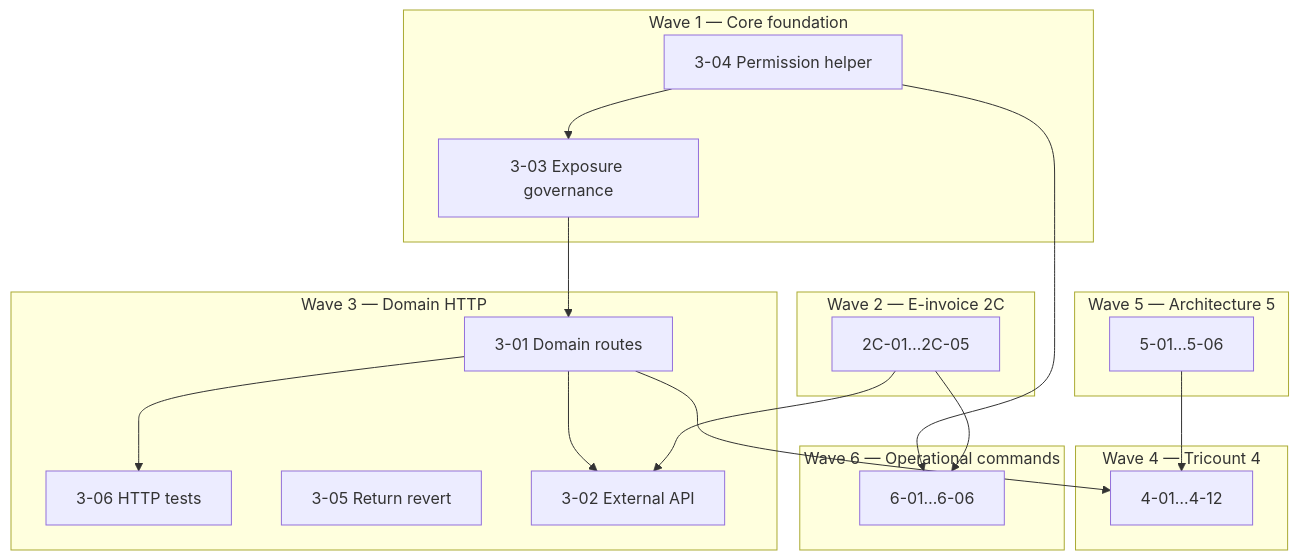
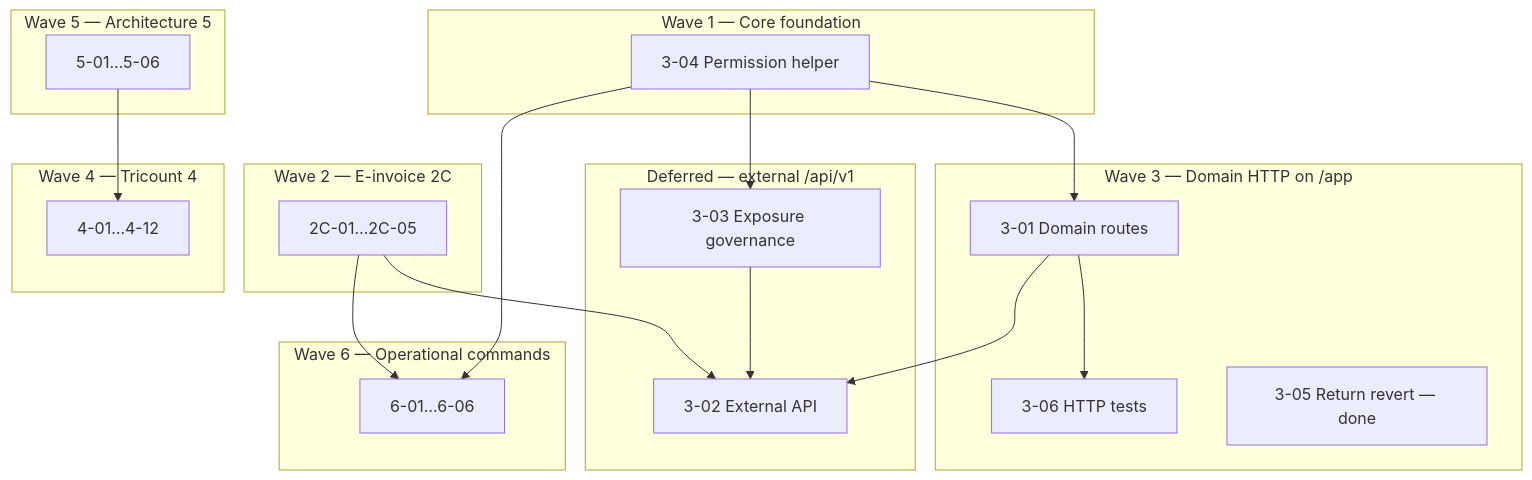
One commit to swolley/laraplate changed the diagram in docs/superpowers/plans/2026-06-30-erp-hardening-spec2-phase3-remaining.md. Above: the diagram before and after it, drawn with Mermaid. The commit also changed other lines of this file and 4 other files, not shown here.

````diff
--- a/docs/superpowers/plans/2026-06-30-erp-hardening-spec2-phase3-remaining.md
+++ b/docs/superpowers/plans/2026-06-30-erp-hardening-spec2-phase3-remaining.md
@@ -44,34 +59,36 @@
 ```mermaid
 flowchart TB
   subgraph W1["Wave 1 — Core foundation"]
     P34[3-04 Permission helper]
-    P33[3-03 Exposure governance]
   end
-  subgraph W3["Wave 3 — Domain HTTP"]
+  subgraph W3["Wave 3 — Domain HTTP on /app"]
     P31[3-01 Domain routes]
     P36[3-06 HTTP tests]
-    P35[3-05 Return revert]
+    P35[3-05 Return revert — done]
+  end
+  subgraph DEF["Deferred — external /api/v1"]
+    P33[3-03 Exposure governance]
     P32[3-02 External API]
   end
   subgraph W2["Wave 2 — E-invoice 2C"]
     P2C[2C-01…2C-05]
   end
   subgraph W4["Wave 4 — Tricount 4"]
     P4[4-01…4-12]
   end
   subgraph W5["Wave 5 — Architecture 5"]
     P5[5-01…5-06]
   end
   subgraph W6["Wave 6 — Operational commands"]
     P6[6-01…6-06]
   end
+  P34 --> P31
+  P31 --> P36
   P34 --> P33
-  P33 --> P31
-  P31 --> P36
+  P33 --> P32
   P31 --> P32
   P2C --> P32
-  P31 --> P4
   P5 --> P4
   P34 --> P6
   P2C --> P6
 ```
````
